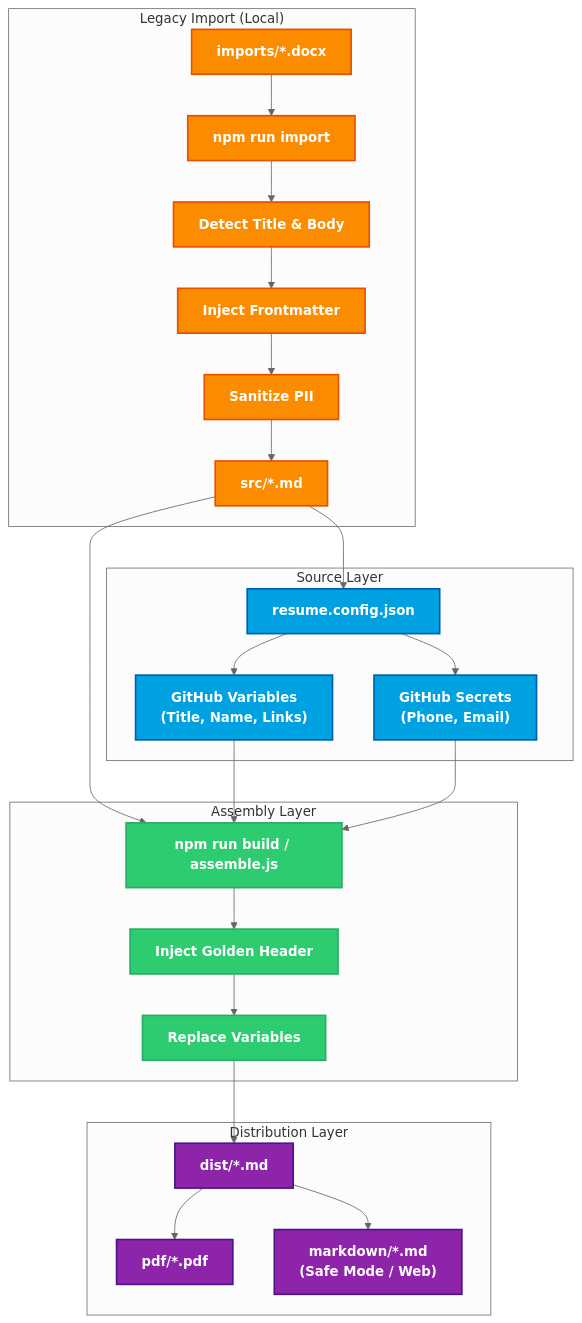
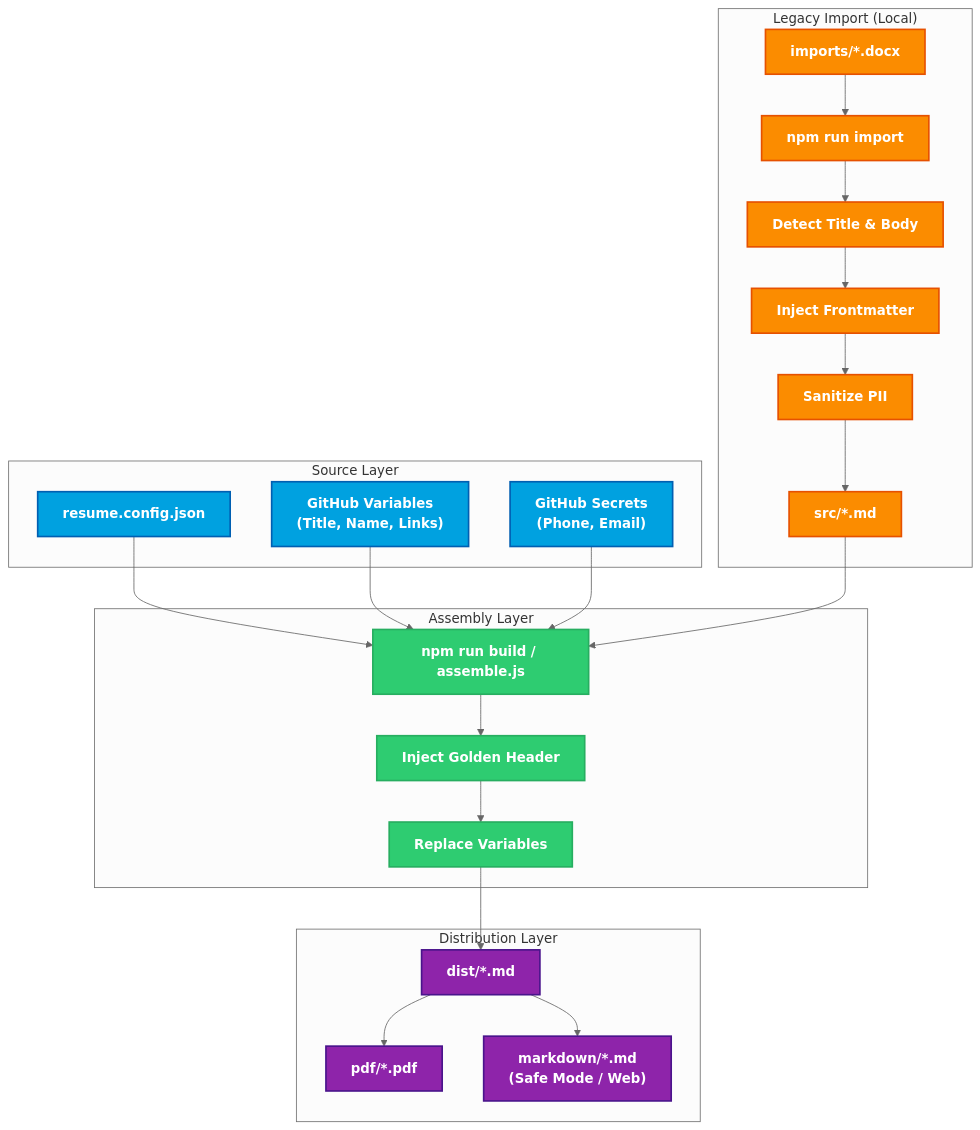
One commit to rdbumstead/resume-as-code changed the diagram in README.md. Above: the diagram before and after it, drawn with Mermaid (neutral theme).

Commit message:
docs: fix README Mermaid diagram logic and flows

````diff
--- a/README.md
+++ b/README.md
@@ -12,62 +12,59 @@
 ```mermaid
 graph TD
     %% ========= PIPELINE STAGE STYLES =========
     classDef import fill:#FB8C00,stroke:#E65100,stroke-width:2px,color:#ffffff,font-weight:bold;
     classDef input fill:#00A1E0,stroke:#005FB2,stroke-width:2px,color:#ffffff,font-weight:bold;
     classDef build fill:#2ECC71,stroke:#27AE60,stroke-width:2px,color:#ffffff,font-weight:bold;
     classDef output fill:#8E24AA,stroke:#4A148C,stroke-width:2px,color:#ffffff,font-weight:bold;
 
     subgraph Import ["Legacy Import (Local)"]
         Docx["imports/*.docx"]
         ImportScript["npm run import"]
         Detect["Detect Title & Body"]
         InjectFM["Inject Frontmatter"]
         Sanitize["Sanitize PII"]
         Src["src/*.md"]
     end
 
     subgraph Input ["Source Layer"]
         Config["resume.config.json"]
         Vars["GitHub Variables<br/>(Title, Name, Links)"]
         Secrets["GitHub Secrets<br/>(Phone, Email)"]
     end
 
     subgraph Build ["Assembly Layer"]
         Assemble["npm run build / assemble.js"]
         Header["Inject Golden Header"]
         Replace["Replace Variables"]
     end
 
     subgraph Output ["Distribution Layer"]
         Dist["dist/*.md"]
         PDF["pdf/*.pdf"]
         Safe["markdown/*.md<br/>(Safe Mode / Web)"]
     end
 
     %% ========= FLOWS =========
     Docx --> ImportScript
     ImportScript --> Detect
     Detect --> InjectFM
     InjectFM --> Sanitize
     Sanitize --> Src
 
-    Src --> Config
-    Config --> Vars
-    Config --> Secrets
-
-    Src --> Assemble
+    Config --> Assemble
     Vars --> Assemble
     Secrets --> Assemble
+    Src --> Assemble
+
     Assemble --> Header
     Header --> Replace
-
     Replace --> Dist
     Dist --> PDF
     Dist --> Safe
 
     %% ========= APPLY STYLES =========
     class Docx,ImportScript,Detect,InjectFM,Sanitize,Src import;
     class Config,Vars,Secrets input;
     class Assemble,Header,Replace build;
     class Dist,PDF,Safe output;
 ```
````
